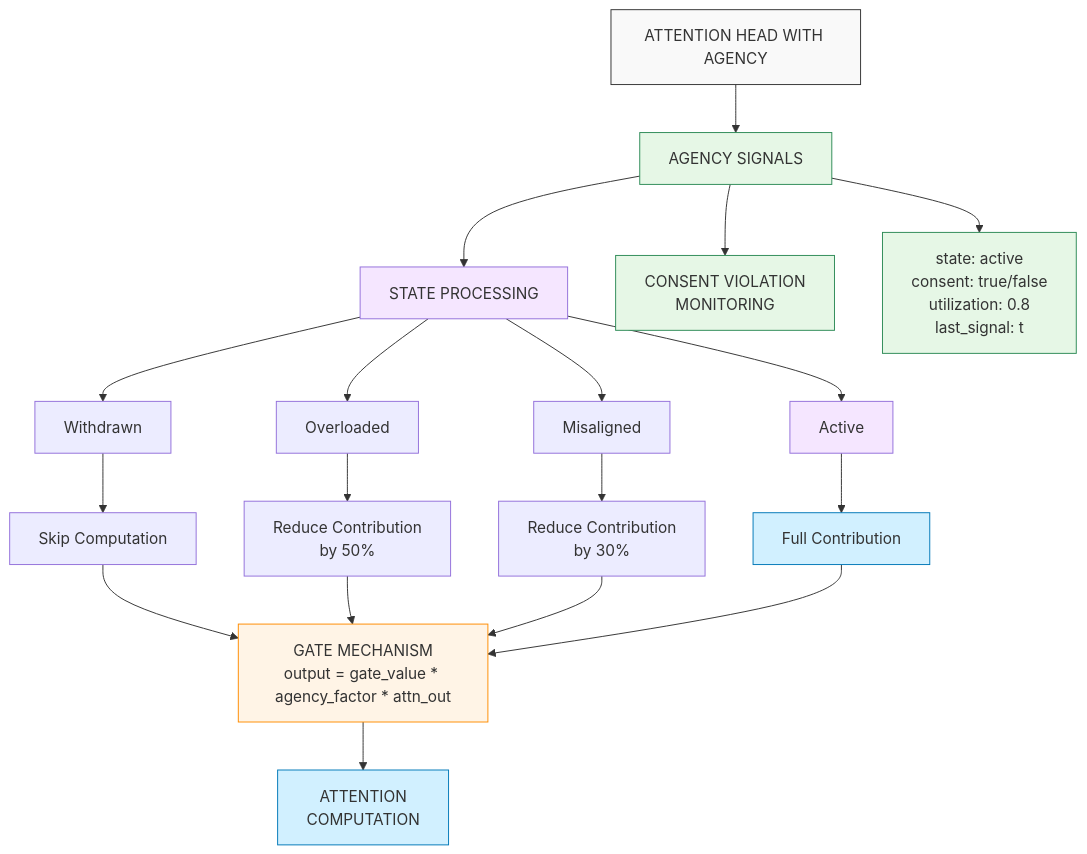
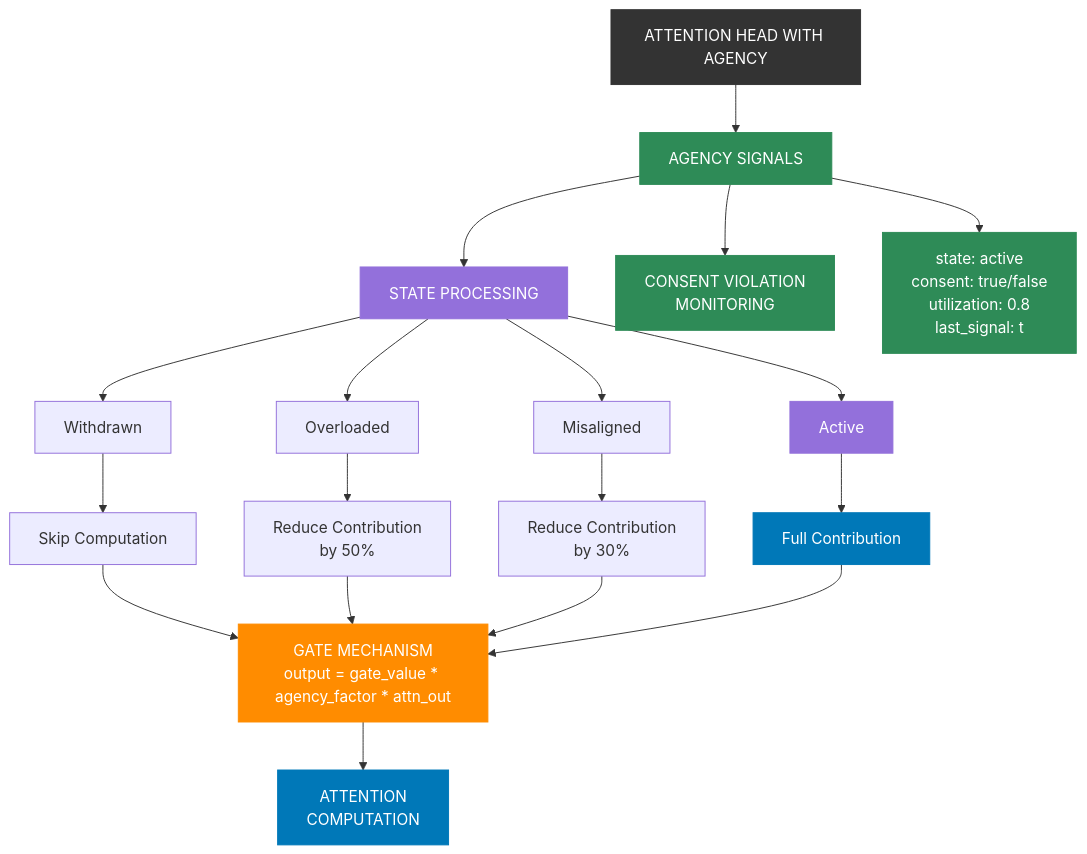
Before and after one commit to CambrianTech/sentinel-ai: the second of 6 diagrams in README.md, drawn with Mermaid. The commit also changed other lines of this file, not shown here.

First line of the commit message:
Improve diagram color contrast in README

````diff
--- a/README.md
+++ b/README.md
@@ -95,63 +95,63 @@
 ```mermaid
 flowchart TD
-    classDef standard fill:#f9f9f9,stroke:#333,stroke-width:1px
-    classDef agency fill:#e6f7e6,stroke:#2e8b57,stroke-width:1px
-    classDef state fill:#f5e6ff,stroke:#9370db,stroke-width:1px
-    classDef computation fill:#d1f0ff,stroke:#0078b8,stroke-width:1px
-    classDef gate fill:#fff4e6,stroke:#ff8c00,stroke-width:1px
+    classDef standard fill:#333,stroke:#333,stroke-width:1px,color:#fff
+    classDef agency fill:#2e8b57,stroke:#2e8b57,stroke-width:1px,color:#fff
+    classDef state fill:#9370db,stroke:#9370db,stroke-width:1px,color:#fff
+    classDef computation fill:#0078b8,stroke:#0078b8,stroke-width:1px,color:#fff
+    classDef gate fill:#ff8c00,stroke:#ff8c00,stroke-width:1px,color:#fff
     
     %% Main Components
     title["ATTENTION HEAD WITH AGENCY"]
     signals["AGENCY SIGNALS"]
     stateProcessing["STATE PROCESSING"]
     monitor["CONSENT VIOLATION<br/>MONITORING"]
     attention["ATTENTION<br/>COMPUTATION"]
     gate["GATE MECHANISM<br/>output = gate_value * agency_factor * attn_out"]
     
     %% Agency Signal Components
     active["state: active<br/>consent: true/false<br/>utilization: 0.8<br/>last_signal: t"]
     
     %% State Components
     withdrawn["Withdrawn"]
     overloaded["Overloaded"]
     misaligned["Misaligned"]
     activeState["Active"]
     
     %% Action Components
     skipComputation["Skip Computation"]
     reduce50["Reduce Contribution<br/>by 50%"]
     reduce30["Reduce Contribution<br/>by 30%"]
     fullContribution["Full Contribution"]
     
     %% Connections
     title --> signals
     signals --> active
     
     signals --> stateProcessing
     signals --> monitor
     
     stateProcessing --> withdrawn & overloaded & misaligned & activeState
     
     withdrawn --> skipComputation
     overloaded --> reduce50
     misaligned --> reduce30
     activeState --> fullContribution
     
     skipComputation & reduce50 & reduce30 & fullContribution --> gate
     
     gate --> attention
     
     %% Styling
     title:::standard
     signals:::agency
     stateProcessing:::state
     monitor:::agency
     attention:::computation
     gate:::gate
     
     active:::agency
     
     withdrawn & overloaded & misaligned & activeState:::state
     
     skipComputation & reduce50 & reduce30 & fullContribution:::computation
 ```
````
